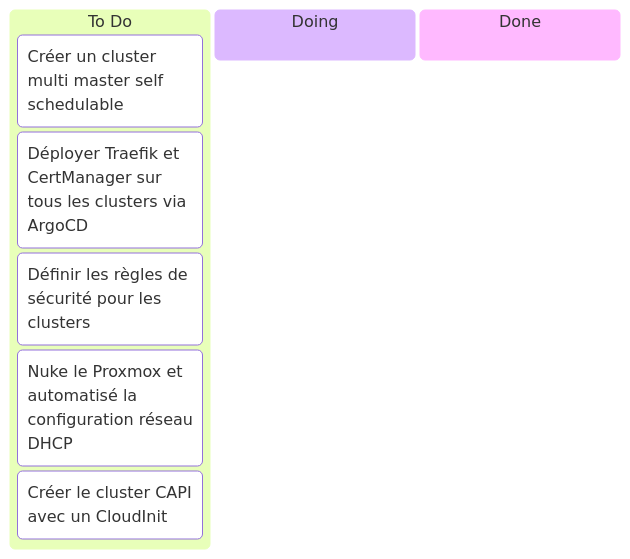
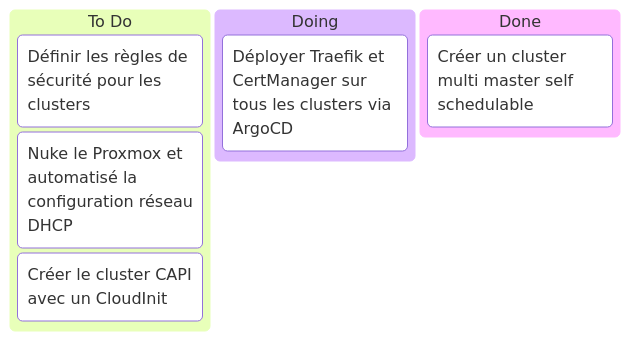
Before and after one commit to batleforc/weebo-si: the diagram in docs/0.introduction/kanban.md, drawn with Mermaid. The commit also changed other lines of this file and 2 other files, not shown here.

Commit message:
feat: install cert manager on multi-node

````diff
--- a/docs/0.introduction/kanban.md
+++ b/docs/0.introduction/kanban.md
@@ -3,11 +3,11 @@
 ```mermaid
 kanban
   todo[To Do]
-    us1[Créer un cluster multi master self schedulable]
-    us2[Déployer Traefik et CertManager sur tous les clusters via ArgoCD]
     us3[Définir les règles de sécurité pour les clusters]
     us4[Nuke le Proxmox et automatisé la configuration réseau DHCP]
     us5[Créer le cluster CAPI avec un CloudInit]
   doing[Doing]
+    us2[Déployer Traefik et CertManager sur tous les clusters via ArgoCD]
   done[Done]
+    us1[Créer un cluster multi master self schedulable]
 ```
````
